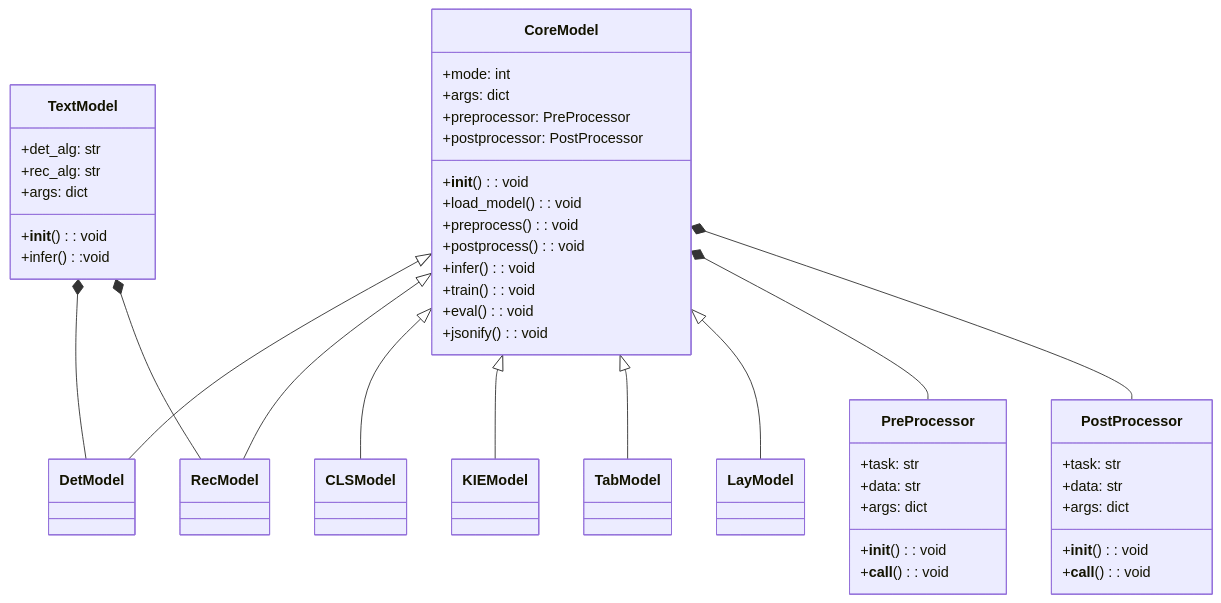
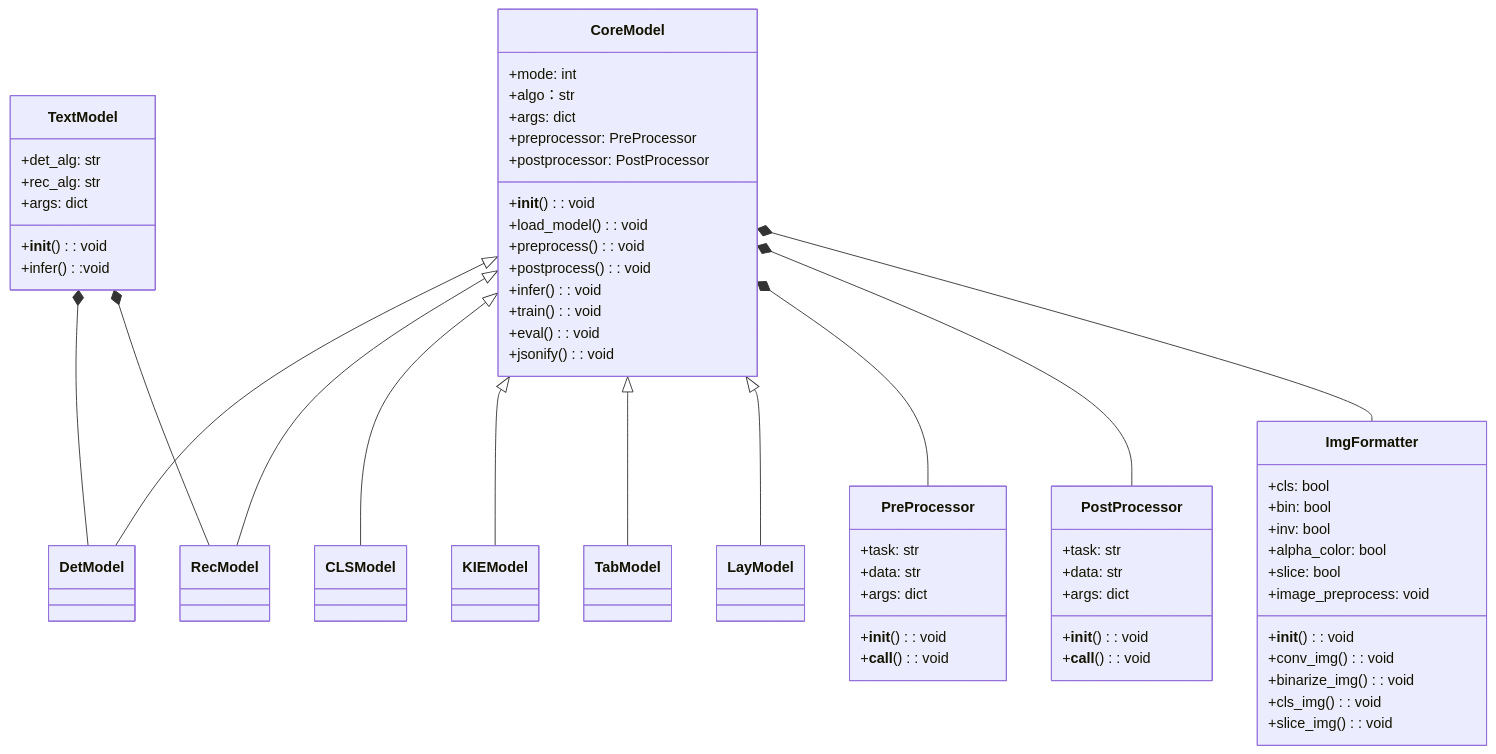
Before and after one commit to zhangjunlongtech/mindocr: the fifth of 5 diagrams in mindocr/core/CoreModel模块设计说明书.md, drawn with Mermaid. The commit also changed other lines of this file, not shown here.

````diff
--- a/mindocr/core/CoreModel模块设计说明书.md
+++ b/mindocr/core/CoreModel模块设计说明书.md
@@ -306,54 +375,70 @@
 ```mermaid
 
 classDiagram
   class CoreModel {
     +mode: int
+    +algo：str
     +args: dict
     +preprocessor: PreProcessor
     +postprocessor: PostProcessor
 
     +__init__(): void
     +load_model(): void
     +preprocess(): void
     +postprocess(): void
     +infer(): void
     +train(): void
     +eval(): void
     +jsonify(): void
   }
 
   class TextModel{
     +det_alg: str
     +rec_alg: str
     +args: dict
     +__init__(): void
     +infer():void
   }
 
   class PostProcessor{
     +task: str
     +data: str
     +args: dict
     +__init__(): void
     +__call__(): void
   }
 
   class PreProcessor{
     +task: str
     +data: str
     +args: dict
     +__init__(): void
     +__call__(): void
   }
 
+  class ImgFormatter{
+    +cls: bool
+    +bin: bool
+    +inv: bool
+    +alpha_color: bool
+    +slice: bool
+    +__init__(): void
+    +image_preprocess: void
+    +conv_img(): void
+    +binarize_img(): void
+    +cls_img(): void
+    +slice_img(): void
+  }
+
   CoreModel <|-- DetModel
   CoreModel <|-- RecModel
   CoreModel <|-- CLSModel
   CoreModel <|-- KIEModel
   CoreModel <|-- TabModel
   CoreModel <|-- LayModel
   TextModel *-- DetModel
   TextModel *-- RecModel
   CoreModel *-- PreProcessor
   CoreModel *-- PostProcessor
+  CoreModel *-- ImgFormatter
 ```
````
